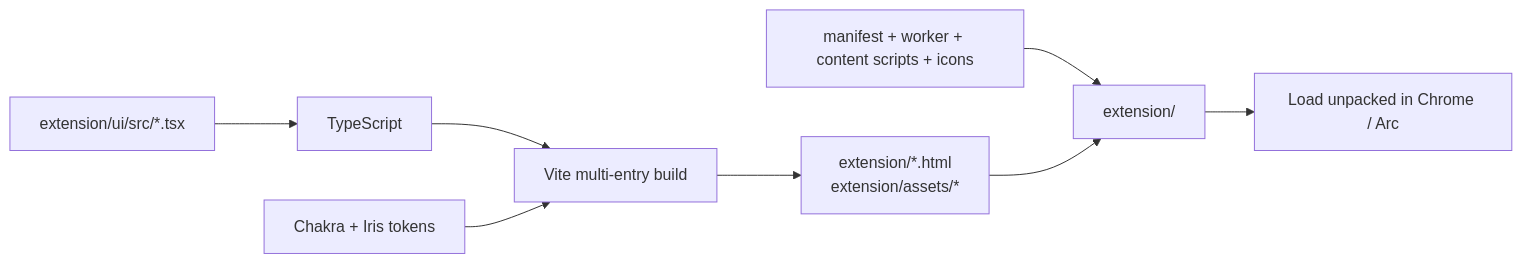
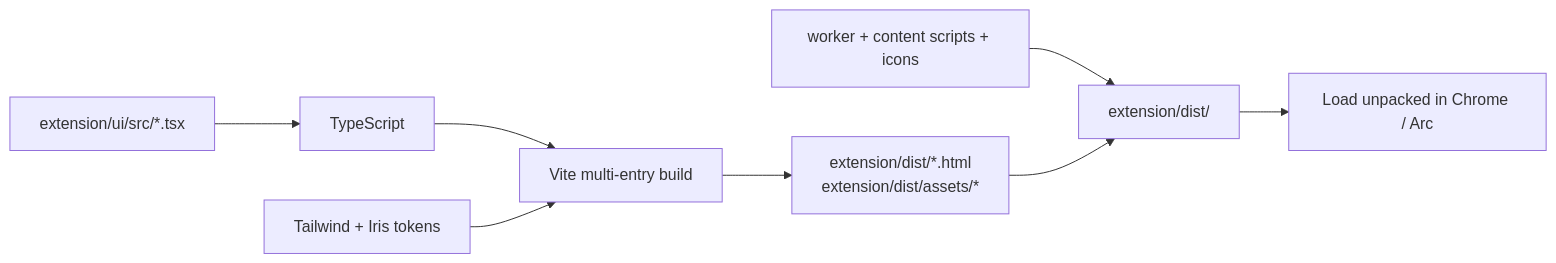
The eighth of 8 diagrams in docs/browser-extension-architecture.md (jdai1/iris), drawn with Mermaid before and after one commit. The commit also changed other lines of this file and 59 other files, not shown here.

Commit message:
Consolidate Iris runtime and extension changes

````diff
--- a/docs/browser-extension-architecture.md
+++ b/docs/browser-extension-architecture.md
@@ -343,10 +347,10 @@
 ```mermaid
 flowchart LR
     ReactSource["extension/ui/src/*.tsx"] --> TS["TypeScript"]
     TS --> Vite["Vite multi-entry build"]
-    Chakra["Chakra + Iris tokens"] --> Vite
-    Vite --> Built["extension/*.html<br/>extension/assets/*"]
-    Static["manifest + worker + content scripts + icons"] --> Root["extension/"]
+    Tailwind["Tailwind + Iris tokens"] --> Vite
+    Vite --> Built["extension/dist/*.html<br/>extension/dist/assets/*"]
+    Static["worker + content scripts + icons"] --> Root["extension/dist/"]
     Built --> Root
     Root --> Browser["Load unpacked in Chrome / Arc"]
 ```
````
